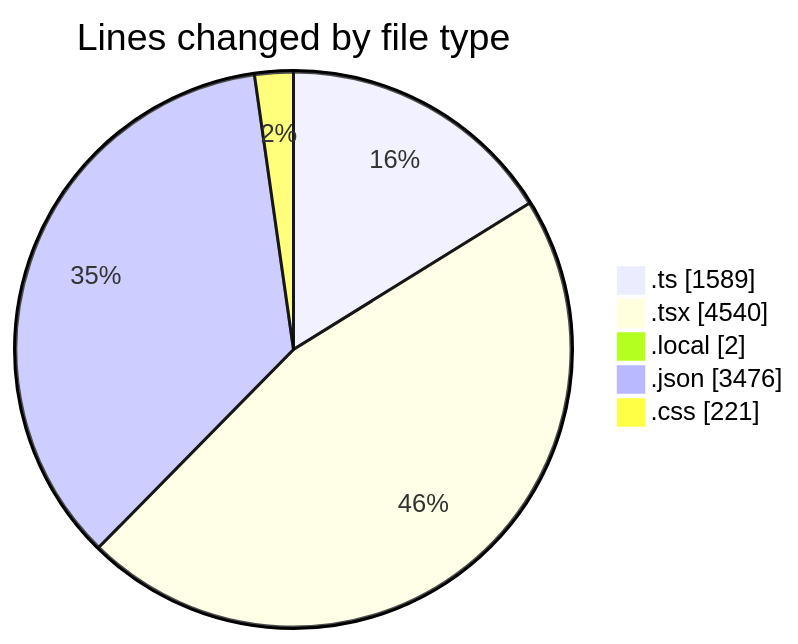
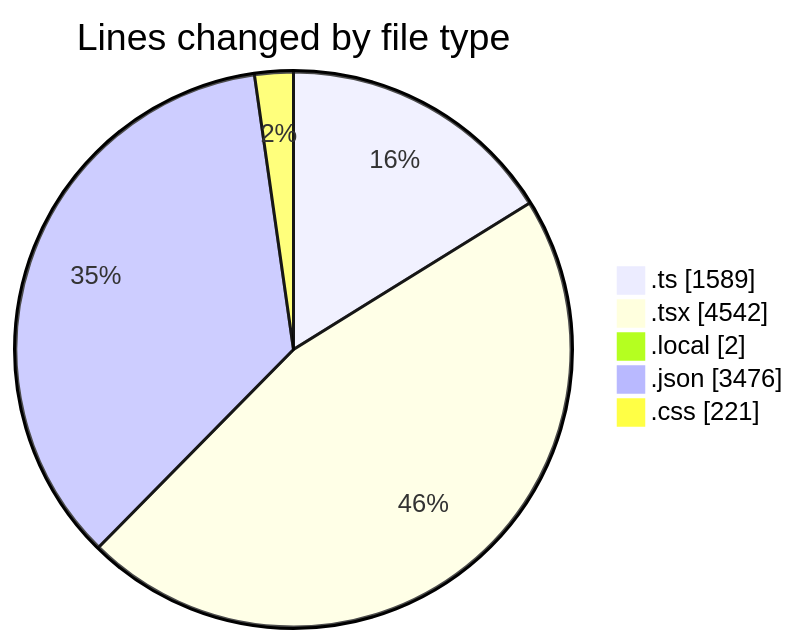
The first of 2 diagrams in 2025-10-28/eventscop-frontend-guide__workspace_/README.md (julien-gomy/code-tracking), drawn with Mermaid before and after one commit. The commit also changed other lines of this file and 1 other file, not shown here.

````diff
--- a/2025-10-28/eventscop-frontend-guide__workspace_/README.md
+++ b/2025-10-28/eventscop-frontend-guide__workspace_/README.md
@@ -54,9 +54,9 @@
 ```mermaid
 pie showData
 title Lines changed by file type
 ".ts" : 1589
-".tsx" : 4540
+".tsx" : 4542
 ".local" : 2
 ".json" : 3476
 ".css" : 221
 ```
````
